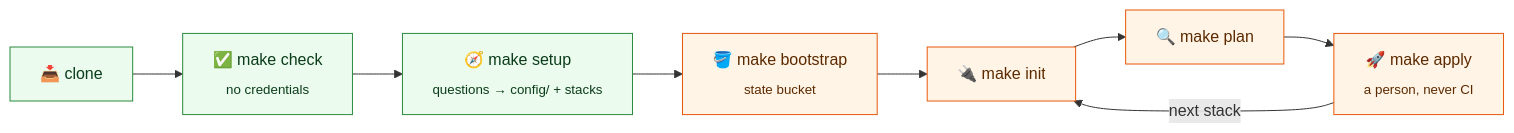
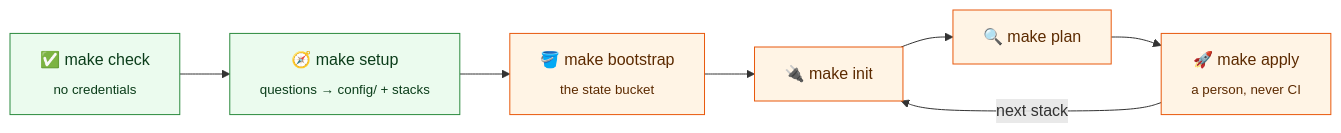
Before and after one commit to justin-samuel12/terraform-aws-scaffold: the fourth of 5 diagrams in README.md, drawn with Mermaid. The commit also changed other lines of this file and 440 other files, not shown here.

````diff
--- a/README.md
+++ b/README.md
@@ -182,15 +107,11 @@
 ```mermaid
 flowchart LR
-  A["📥 clone"] --> B["✅ make check<br/><sub>no credentials</sub>"]
-  B --> C["🧭 make setup<br/><sub>questions → config/ + stacks</sub>"]
-  C --> D["🪣 make bootstrap<br/><sub>state bucket</sub>"]
-  D --> E["🔌 make init"]
-  E --> F["🔍 make plan"]
-  F --> G["🚀 make apply<br/><sub>a person, never CI</sub>"]
-  G -->|next stack| E
+  A["✅ make check<br/><sub>no credentials</sub>"] --> B["🧭 make setup<br/><sub>questions → config/ + stacks</sub>"]
+  B --> S["🪣 make bootstrap<br/><sub>the state bucket</sub>"] --> C["🔌 make init"] --> D["🔍 make plan"] --> E["🚀 make apply<br/><sub>a person, never CI</sub>"]
+  E -->|next stack| C
 
   classDef safe fill:#ebfbee,stroke:#2b8a3e,color:#0b3d1a
   classDef aws fill:#fff4e5,stroke:#e8590c,color:#5c2a00
-  class A,B,C safe
-  class D,E,F,G aws
+  class A,B safe
+  class S,C,D,E aws
 ```
````
